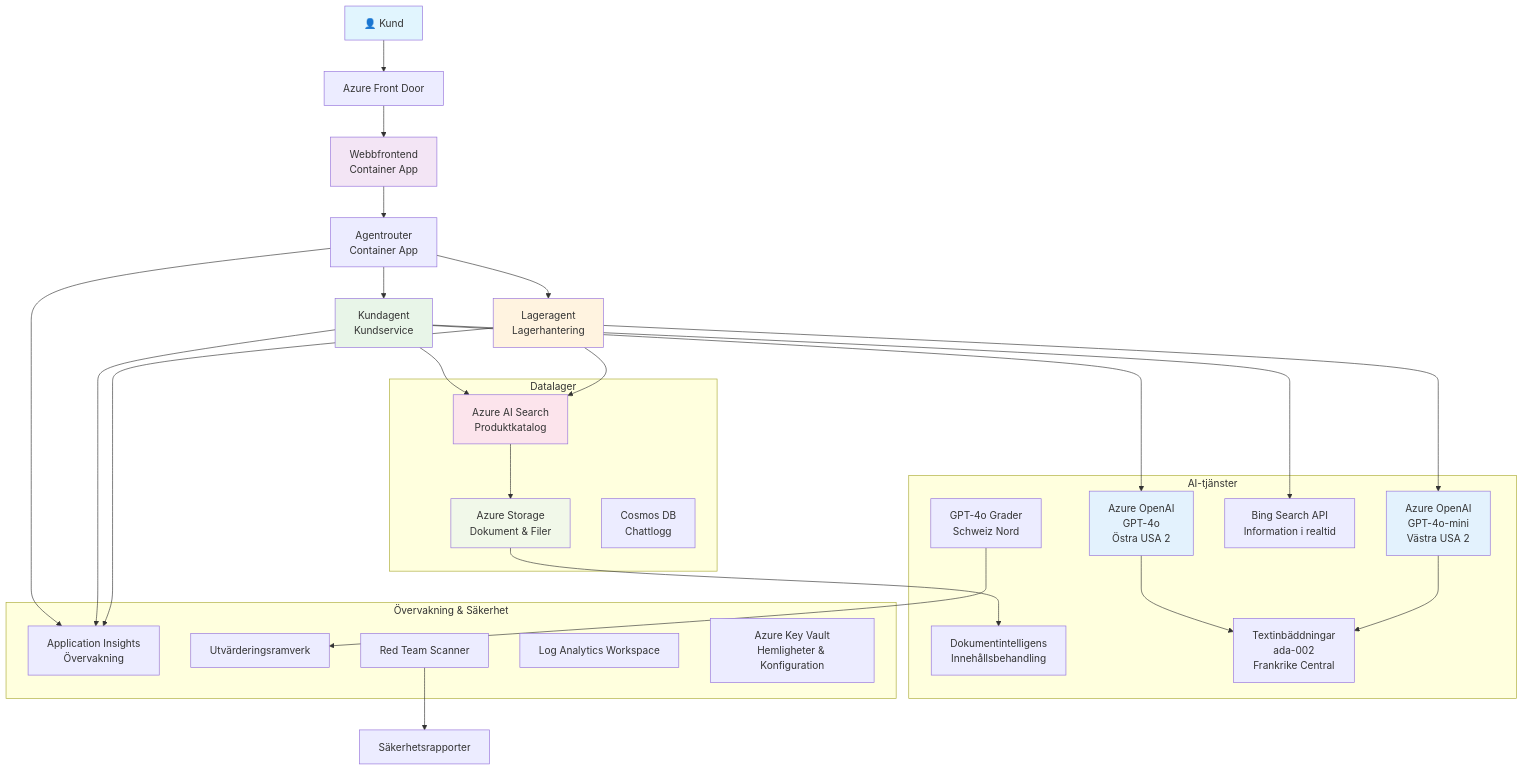
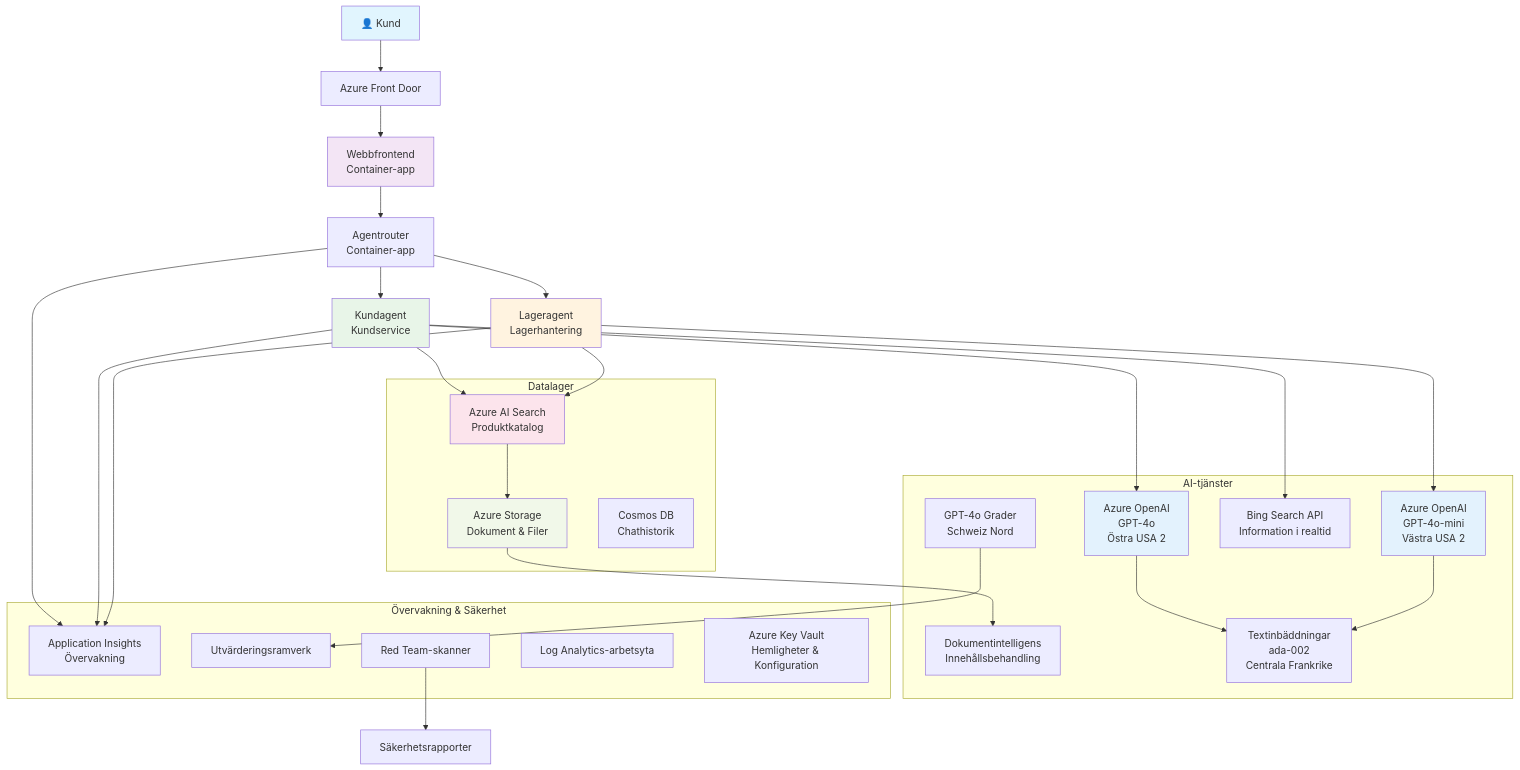
The diagram in translations/sv/examples/retail-scenario.md (microsoft/AZD-for-beginners), drawn with Mermaid before and after one commit. The commit also changed other lines of this file and 242 other files, not shown here.

````diff
--- a/translations/sv/examples/retail-scenario.md
+++ b/translations/sv/examples/retail-scenario.md
@@ -148,61 +139,61 @@
 ```mermaid
 graph TB
     User[👤 Kund] --> LB[Azure Front Door]
-    LB --> WebApp[Webbfrontend<br/>Container App]
+    LB --> WebApp[Webbfrontend<br/>Container-app]
     
-    WebApp --> Router[Agentrouter<br/>Container App]
+    WebApp --> Router[Agentrouter<br/>Container-app]
     Router --> CustomerAgent[Kundagent<br/>Kundservice]
     Router --> InvAgent[Lageragent<br/>Lagerhantering]
     
     CustomerAgent --> OpenAI1[Azure OpenAI<br/>GPT-4o<br/>Östra USA 2]
     InvAgent --> OpenAI2[Azure OpenAI<br/>GPT-4o-mini<br/>Västra USA 2]
     
     CustomerAgent --> AISearch[Azure AI Search<br/>Produktkatalog]
     CustomerAgent --> BingSearch[Bing Search API<br/>Information i realtid]
     InvAgent --> AISearch
     
     AISearch --> Storage[Azure Storage<br/>Dokument & Filer]
     Storage --> DocIntel[Dokumentintelligens<br/>Innehållsbehandling]
     
-    OpenAI1 --> Embeddings[Textinbäddningar<br/>ada-002<br/>Frankrike Central]
+    OpenAI1 --> Embeddings[Textinbäddningar<br/>ada-002<br/>Centrala Frankrike]
     OpenAI2 --> Embeddings
     
     Router --> AppInsights[Application Insights<br/>Övervakning]
     CustomerAgent --> AppInsights
     InvAgent --> AppInsights
     
     GraderModel[GPT-4o Grader<br/>Schweiz Nord] --> Evaluation[Utvärderingsramverk]
-    RedTeam[Red Team Scanner] --> SecurityReports[Säkerhetsrapporter]
+    RedTeam[Red Team-skanner] --> SecurityReports[Säkerhetsrapporter]
     
     subgraph "Datalager"
         Storage
         AISearch
-        CosmosDB[Cosmos DB<br/>Chattlogg]
+        CosmosDB[Cosmos DB<br/>Chathistorik]
     end
     
     subgraph "AI-tjänster"
         OpenAI1
         OpenAI2
         Embeddings
         GraderModel
         DocIntel
         BingSearch
     end
     
     subgraph "Övervakning & Säkerhet"
         AppInsights
-        LogAnalytics[Log Analytics Workspace]
+        LogAnalytics[Log Analytics-arbetsyta]
         KeyVault[Azure Key Vault<br/>Hemligheter & Konfiguration]
         RedTeam
         Evaluation
     end
     
     style User fill:#e1f5fe
     style WebApp fill:#f3e5f5
     style CustomerAgent fill:#e8f5e8
     style InvAgent fill:#fff3e0
     style OpenAI1 fill:#e3f2fd
     style OpenAI2 fill:#e3f2fd
     style AISearch fill:#fce4ec
     style Storage fill:#f1f8e9
 ```
````
